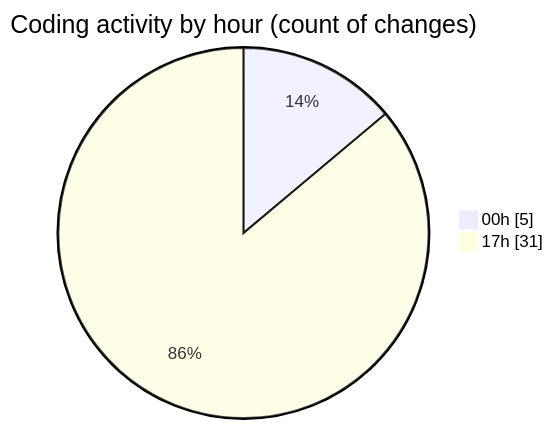
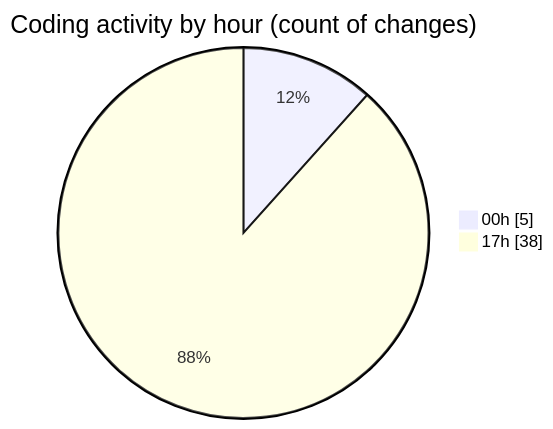
The second of 2 diagrams in 2026-04-12/chatserver/README.md (hasnaa123/code-tracking), drawn with Mermaid before and after one commit. The commit also changed other lines of this file and 1 other file, not shown here.

````diff
--- a/2026-04-12/chatserver/README.md
+++ b/2026-04-12/chatserver/README.md
@@ -31,6 +31,6 @@
 ```mermaid
 pie showData
 title Coding activity by hour (count of changes)
 "00h" : 5
-"17h" : 31
+"17h" : 38
 ```
````
